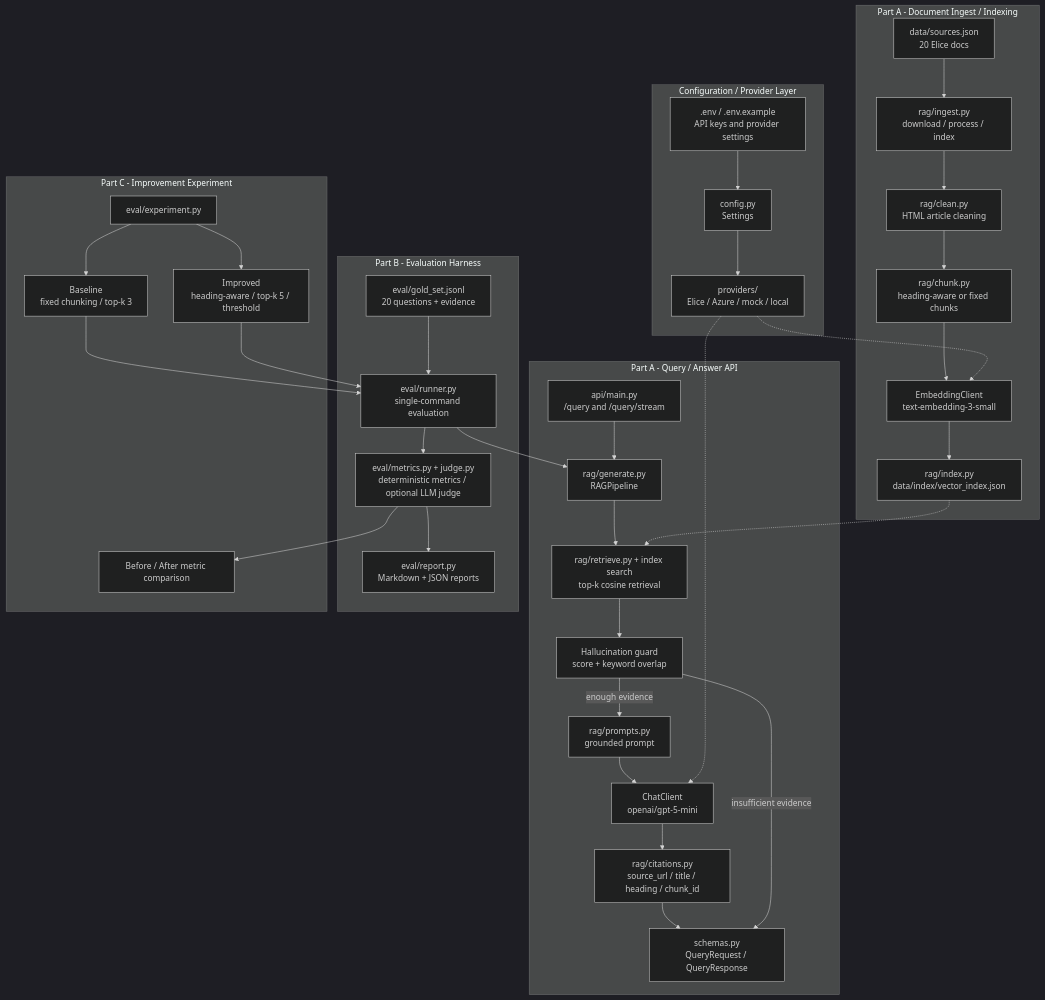
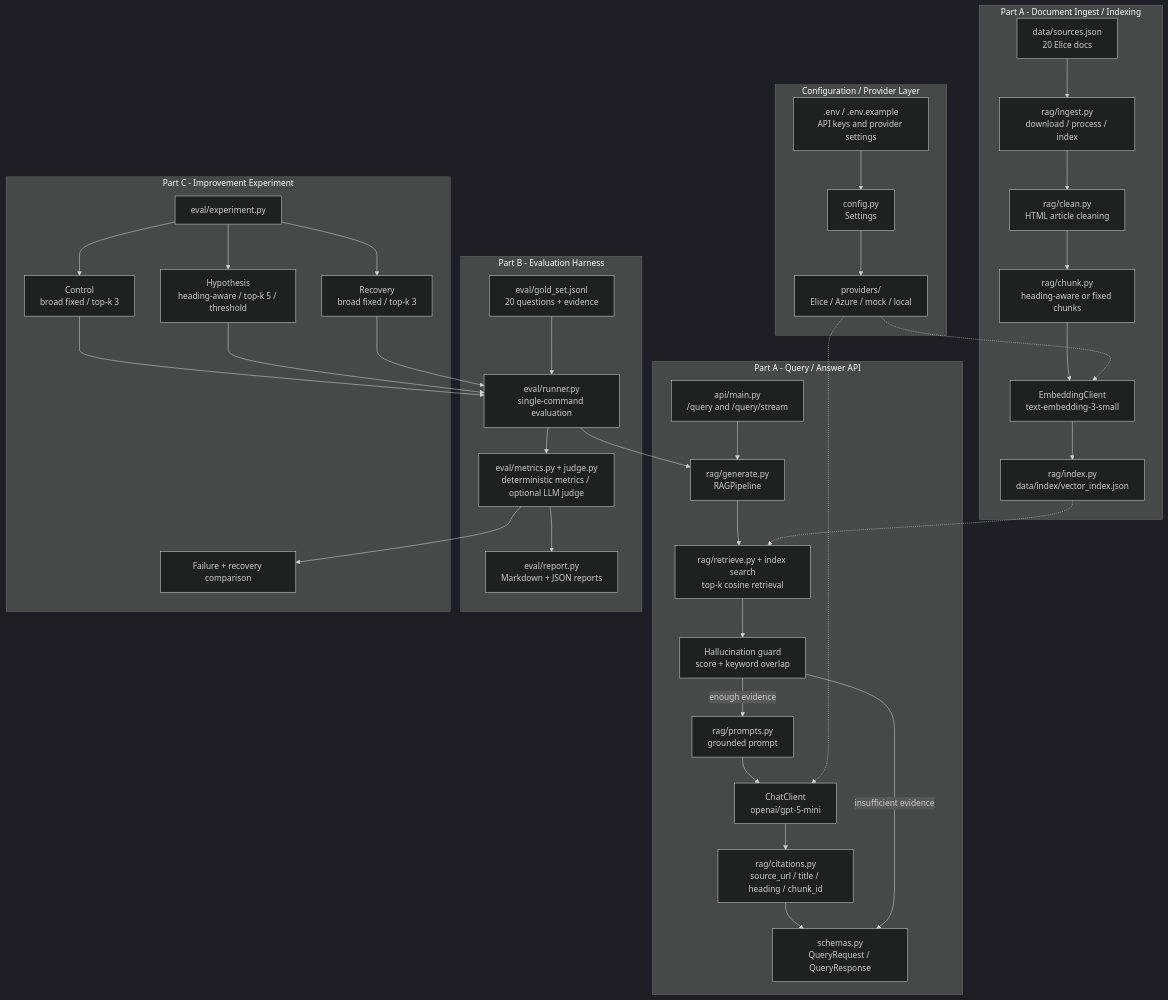
The diagram in README.md (skytin1004/elice-ai-cloud-rag-qa), drawn with Mermaid (dark theme) before and after one commit. The commit also changed other lines of this file, not shown here.

Commit message:
docs: align final chunking narrative

````diff
--- a/README.md
+++ b/README.md
@@ -34,56 +34,58 @@
 ```mermaid
 flowchart TB
     subgraph P0["Configuration / Provider Layer"]
         ENV[".env / .env.example<br/>API keys and provider settings"]
         CFG["config.py<br/>Settings"]
         PROV["providers/<br/>Elice / Azure / mock / local"]
         ENV --> CFG --> PROV
     end
 
     subgraph A1["Part A - Document Ingest / Indexing"]
         SRC["data/sources.json<br/>20 Elice docs"]
         ING["rag/ingest.py<br/>download / process / index"]
         CLEAN["rag/clean.py<br/>HTML article cleaning"]
         CHUNK["rag/chunk.py<br/>heading-aware or fixed chunks"]
         EMB["EmbeddingClient<br/>text-embedding-3-small"]
         IDX["rag/index.py<br/>data/index/vector_index.json"]
         SRC --> ING --> CLEAN --> CHUNK --> EMB --> IDX
     end
 
     subgraph A2["Part A - Query / Answer API"]
         API["api/main.py<br/>/query and /query/stream"]
         PIPE["rag/generate.py<br/>RAGPipeline"]
         RET["rag/retrieve.py + index search<br/>top-k cosine retrieval"]
         GUARD["Hallucination guard<br/>score + keyword overlap"]
         PROMPT["rag/prompts.py<br/>grounded prompt"]
         CHAT["ChatClient<br/>openai/gpt-5-mini"]
         CITE["rag/citations.py<br/>source_url / title / heading / chunk_id"]
         RESP["schemas.py<br/>QueryRequest / QueryResponse"]
         API --> PIPE --> RET --> GUARD
         GUARD -->|"enough evidence"| PROMPT --> CHAT --> CITE --> RESP
         GUARD -->|"insufficient evidence"| RESP
     end
 
     subgraph B1["Part B - Evaluation Harness"]
         GOLD["eval/gold_set.jsonl<br/>20 questions + evidence"]
         RUN["eval/runner.py<br/>single-command evaluation"]
         MET["eval/metrics.py + judge.py<br/>deterministic metrics / optional LLM judge"]
         REP["eval/report.py<br/>Markdown + JSON reports"]
         GOLD --> RUN --> PIPE
         RUN --> MET --> REP
     end
 
     subgraph C1["Part C - Improvement Experiment"]
         EXP["eval/experiment.py"]
-        BASE["Baseline<br/>fixed chunking / top-k 3"]
-        IMP["Improved<br/>heading-aware / top-k 5 / threshold"]
-        COMP["Before / After metric comparison"]
+        BASE["Control<br/>broad fixed / top-k 3"]
+        IMP["Hypothesis<br/>heading-aware / top-k 5 / threshold"]
+        REC["Recovery<br/>broad fixed / top-k 3"]
+        COMP["Failure + recovery comparison"]
         EXP --> BASE --> RUN
         EXP --> IMP --> RUN
+        EXP --> REC --> RUN
         MET --> COMP
     end
 
     PROV -.-> EMB
     PROV -.-> CHAT
     IDX -.-> RET
 ```
````
